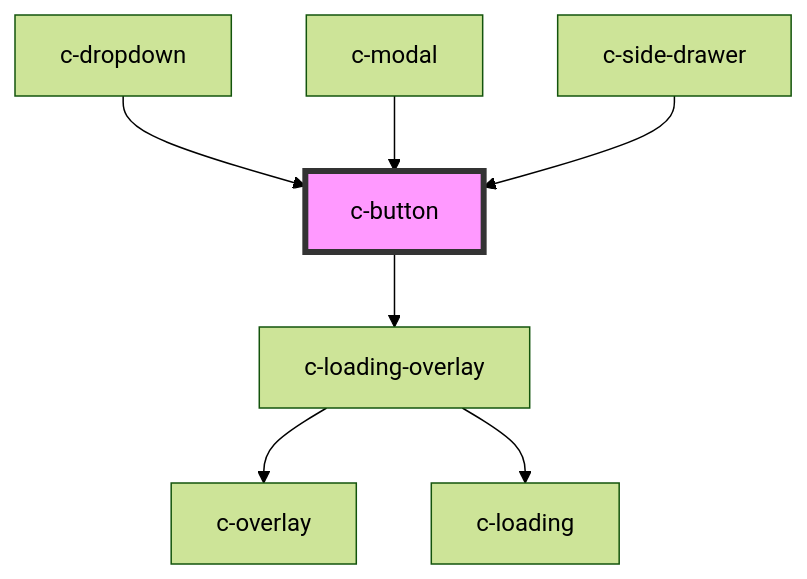
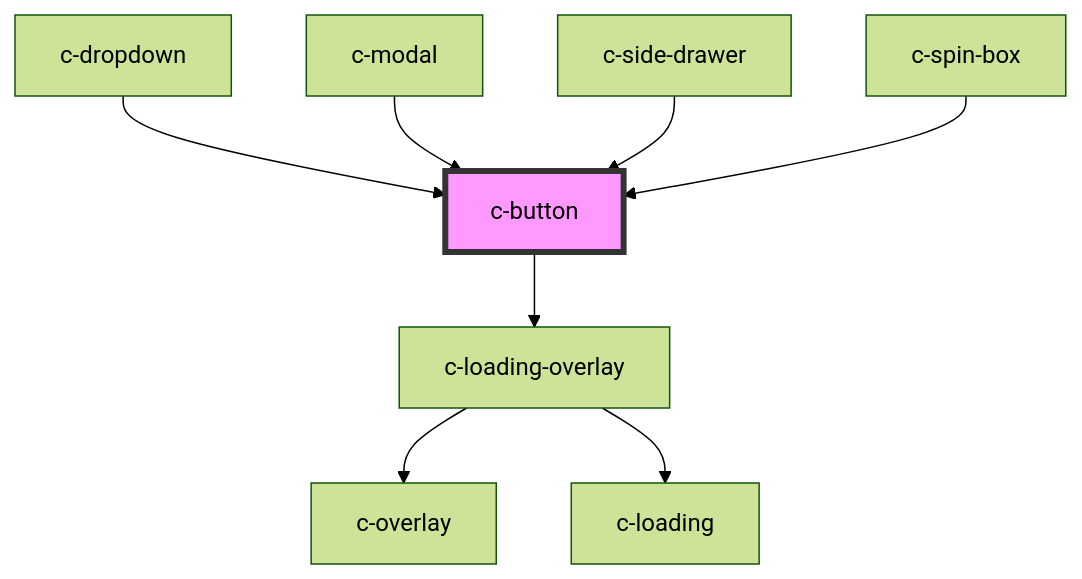
The diagram in src/scripts/components/button/readme.md (kickstand-ui/kickstand-ui), drawn with Mermaid (forest theme) before and after one commit. The commit also changed other lines of this file and 2 other files, not shown here.

````diff
--- a/src/scripts/components/button/readme.md
+++ b/src/scripts/components/button/readme.md
@@ -41,10 +43,11 @@
 ```mermaid
 graph TD;
   c-button --> c-loading-overlay
   c-loading-overlay --> c-overlay
   c-loading-overlay --> c-loading
   c-dropdown --> c-button
   c-modal --> c-button
   c-side-drawer --> c-button
+  c-spin-box --> c-button
   style c-button fill:#f9f,stroke:#333,stroke-width:4px
 ```
````
